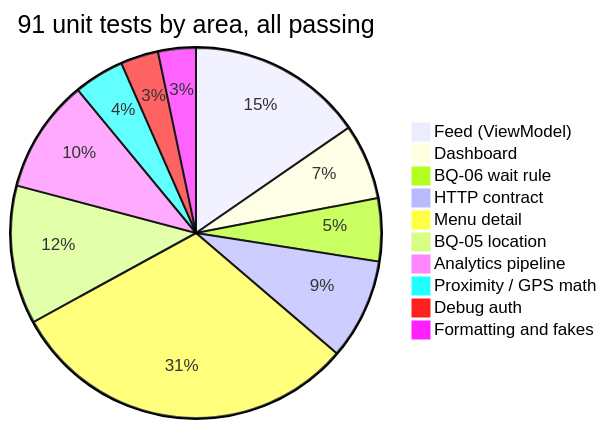
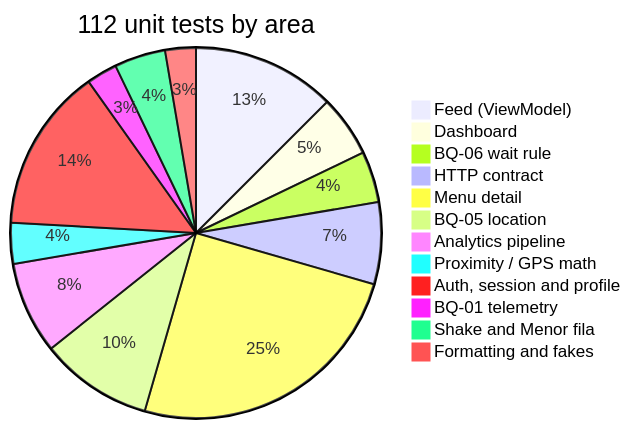
Diagram 12 of 12 in docs/sprint2-sustentacion.md (cmolina12/UniEat-Android), drawn with Mermaid before and after one commit. The commit also changed other lines of this file and 39 other files, not shown here.

````diff
--- a/docs/sprint2-sustentacion.md
+++ b/docs/sprint2-sustentacion.md
@@ -311,13 +331,15 @@
 ```mermaid
-pie title 91 unit tests by area, all passing
+pie title 112 unit tests by area
     "Feed (ViewModel)" : 14
     "Dashboard" : 6
     "BQ-06 wait rule" : 5
     "HTTP contract" : 8
     "Menu detail" : 28
     "BQ-05 location" : 11
     "Analytics pipeline" : 9
     "Proximity / GPS math" : 4
-    "Debug auth" : 3
+    "Auth, session and profile" : 16
+    "BQ-01 telemetry" : 3
+    "Shake and Menor fila" : 5
     "Formatting and fakes" : 3
 ```
````
